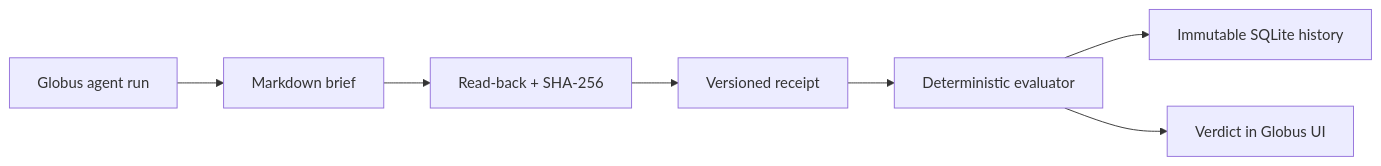
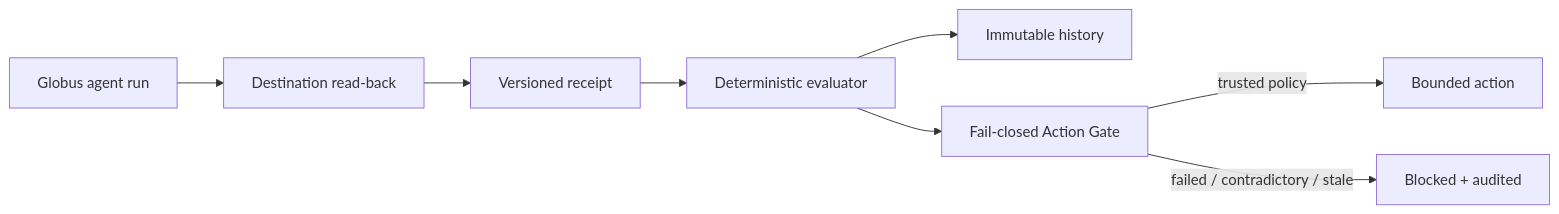
One commit to Build-With-Sumit/globus changed the diagram in README.md. Above: the diagram before and after it, drawn with Mermaid. The commit also changed other lines of this file and 27 other files, not shown here.

Commit message:
feat: add verified Mission Control and Action Gate

````diff
--- a/README.md
+++ b/README.md
@@ -85,9 +108,10 @@
 ```mermaid
 flowchart LR
-    A[Globus agent run] --> B[Markdown brief]
-    B --> C[Read-back + SHA-256]
-    C --> D[Versioned receipt]
-    D --> E[Deterministic evaluator]
-    E --> F[Immutable SQLite history]
-    E --> G[Verdict in Globus UI]
+    A[Globus agent run] --> B[Destination read-back]
+    B --> C[Versioned receipt]
+    C --> D[Deterministic evaluator]
+    D --> E[Immutable history]
+    D --> F[Fail-closed Action Gate]
+    F -->|trusted policy| G[Bounded action]
+    F -->|failed / contradictory / stale| H[Blocked + audited]
 ```
````
